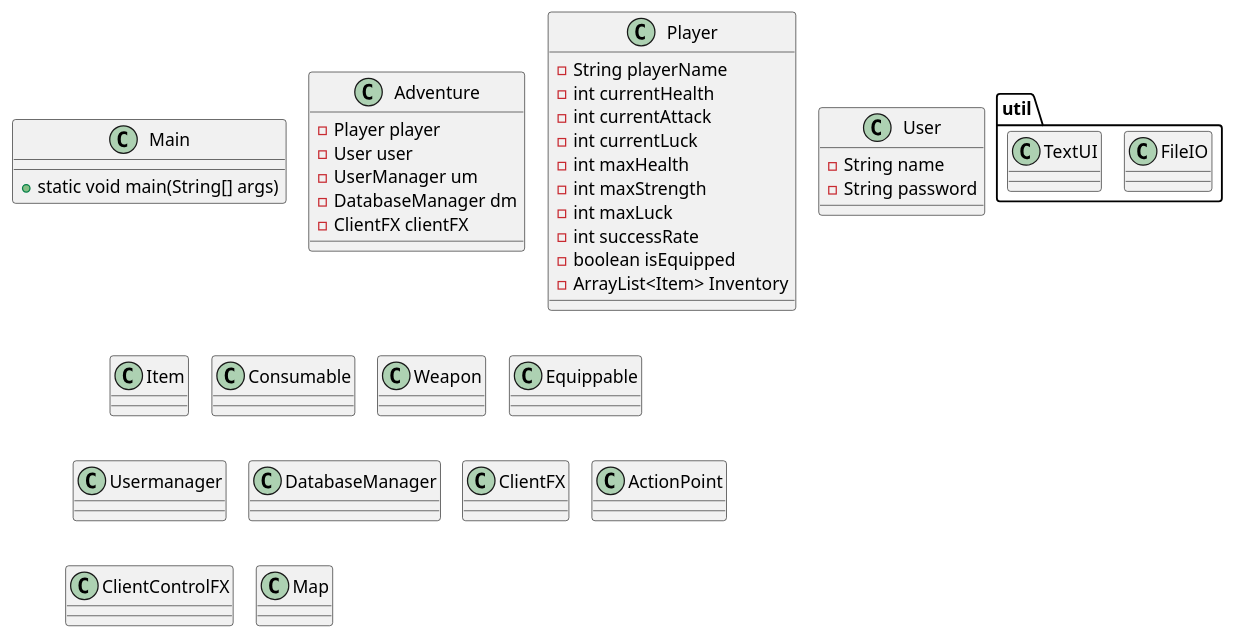
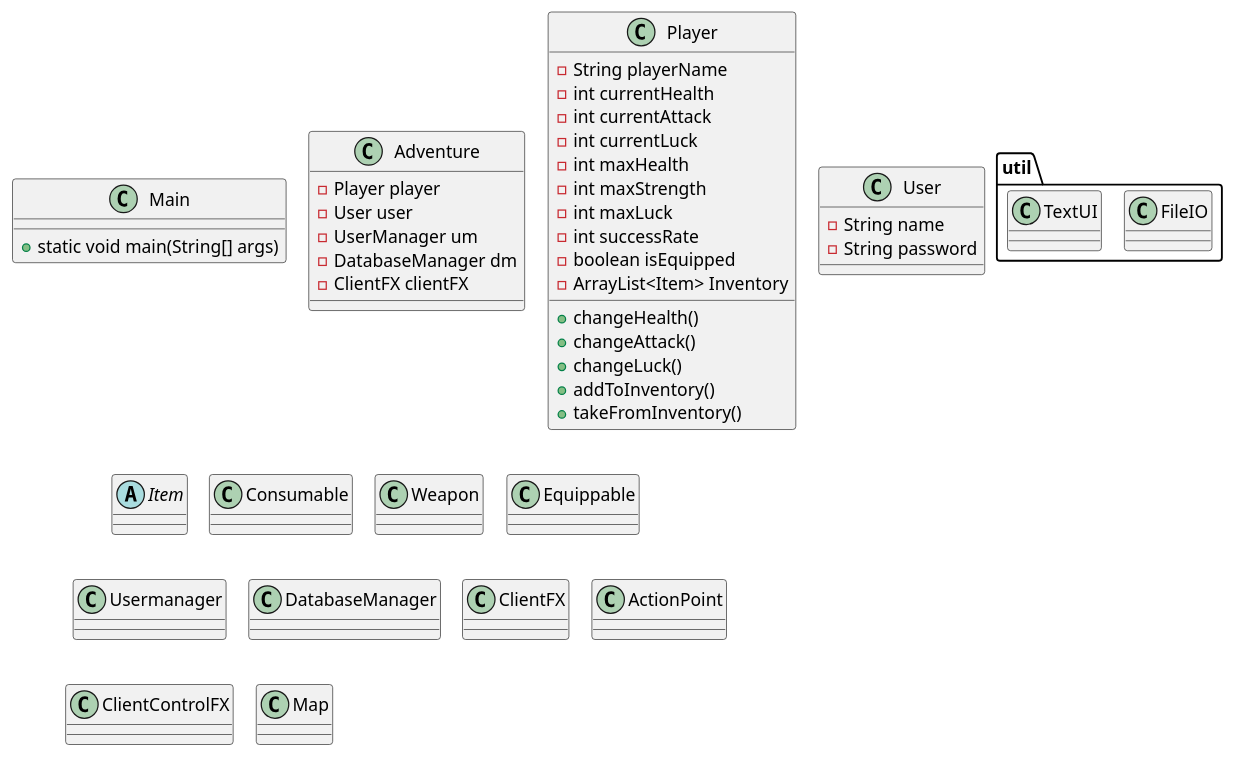
One commit to EmilXavierVT/2025ICE changed the diagram in doc/Version0.puml. Above: the diagram before and after it, drawn with PlantUML. The commit also changed 7 other files, not shown here.

Commit message:
UML PUSH 8 may

```diff
--- a/doc/Version0.puml
+++ b/doc/Version0.puml
@@ -1,79 +1,90 @@
 @startuml
 !pragma layout smetana
 'https://plantuml.com/class-diagram
 
 
-Class Main{
+class Main{
 
 + static void main(String[] args)
 }
 
 
-Class Adventure{
+class Adventure{
 -Player player
 - User user
 - UserManager um
 - DatabaseManager dm
 -ClientFX clientFX
 
 }
 
-Class Player{
+class Player{
 -String playerName
 -int currentHealth
 -int currentAttack
 - int currentLuck
 -int maxHealth
 -int maxStrength
 -int maxLuck
 -int successRate
 -boolean isEquipped
 -ArrayList<Item> Inventory
+
++ changeHealth()
++ changeAttack()
++ changeLuck()
++ addToInventory()
++ takeFromInventory()
+
+
 '+ getPlayerName()
 '+ setPlayerName()
 '+ getCurrentHealth()
 '+ setCurrentHealth()
 '+getCurrentAttack()
 '+setCurrentAttack()
 '+getCurrentLuck()
 '+setCurrentLuck()
 '+getMaxHealth()
 '+setMaxHealth()
 '+getMaxStrength()
 '+setMaxStrength()
 '+getMaxLuck()
 '+setMaxLuck()
 '+getIsEquipped()
 '+setIsEquipped()
 '+getInventory()
 '+setInventory()
 '+addToInventory()
 
 
 
 
 }
 
 
-Class User{
+class User{
 -String name
 -String password
 }
-Class Item
-Class Consumable
-Class Weapon
-Class Equippable
+abstract class Item
+class Consumable
+class Weapon
+class Equippable
+
 package util{
-Class FileIO
-Class TextUI
+class FileIO
+class TextUI
 }
-Class Usermanager
-Class DatabaseManager
-Class ClientFX
-Class ActionPoint
-Class ClientControlFX
-Class Map
+
+
+class Usermanager
+class DatabaseManager
+class ClientFX
+class ActionPoint
+class ClientControlFX
+class Map
 
 
 
 @enduml
```
